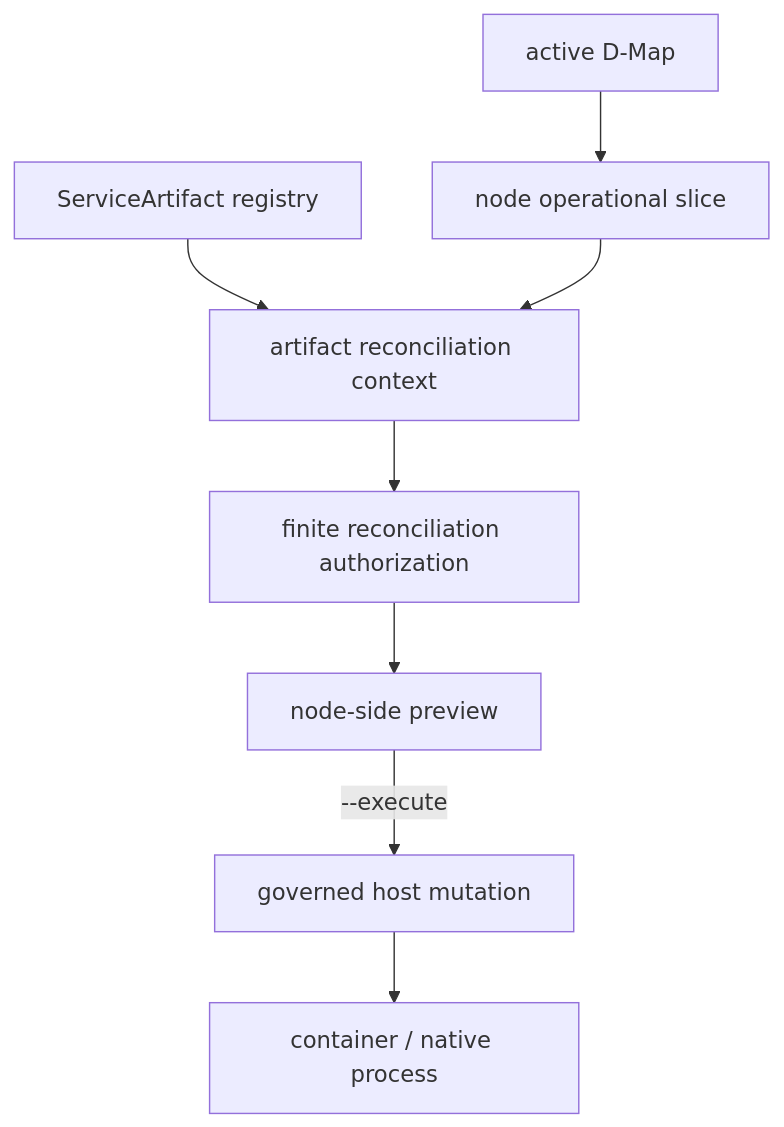
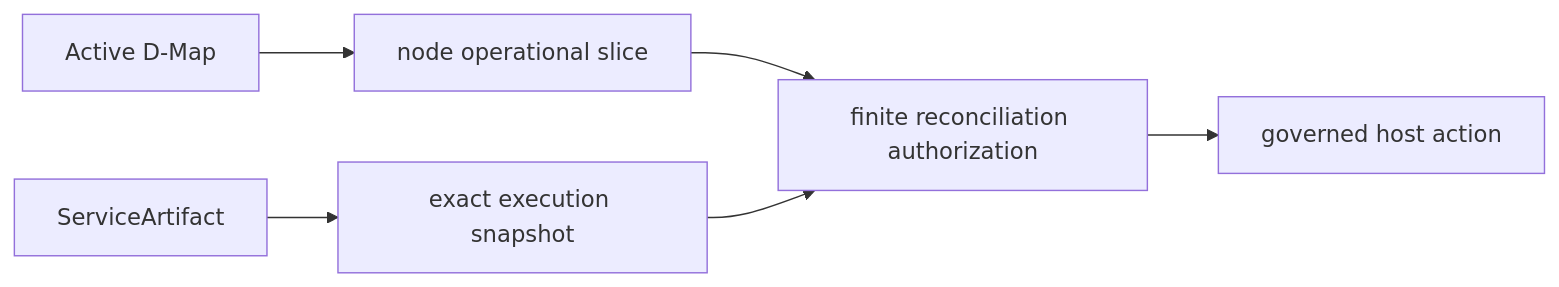
One commit to dnredson/datum-docs changed the second of 4 diagrams in docs/tutorials/runtime-realization.md. Above: the diagram before and after it, drawn with Mermaid. The commit also changed other lines of this file, not shown here.

````diff
--- a/docs/tutorials/runtime-realization.md
+++ b/docs/tutorials/runtime-realization.md
@@ -22,10 +51,8 @@
 ```mermaid
-flowchart TB
-    MAP["active D-Map"] --> SL["node operational slice"]
-    ART["ServiceArtifact registry"] --> JOIN["artifact reconciliation context"]
-    SL --> JOIN
-    JOIN --> AUTH["finite reconciliation authorization"]
-    AUTH --> PRE["node-side preview"]
-    PRE -->|"--execute"| HOST["governed host mutation"]
-    HOST --> RUN["container / native process"]
+flowchart LR
+    MAP["Active D-Map"] --> SLICE["node operational slice"]
+    ART["ServiceArtifact"] --> SNAP["exact execution snapshot"]
+    SLICE --> AUTH["finite reconciliation authorization"]
+    SNAP --> AUTH
+    AUTH --> NODE["governed host action"]
 ```
````
